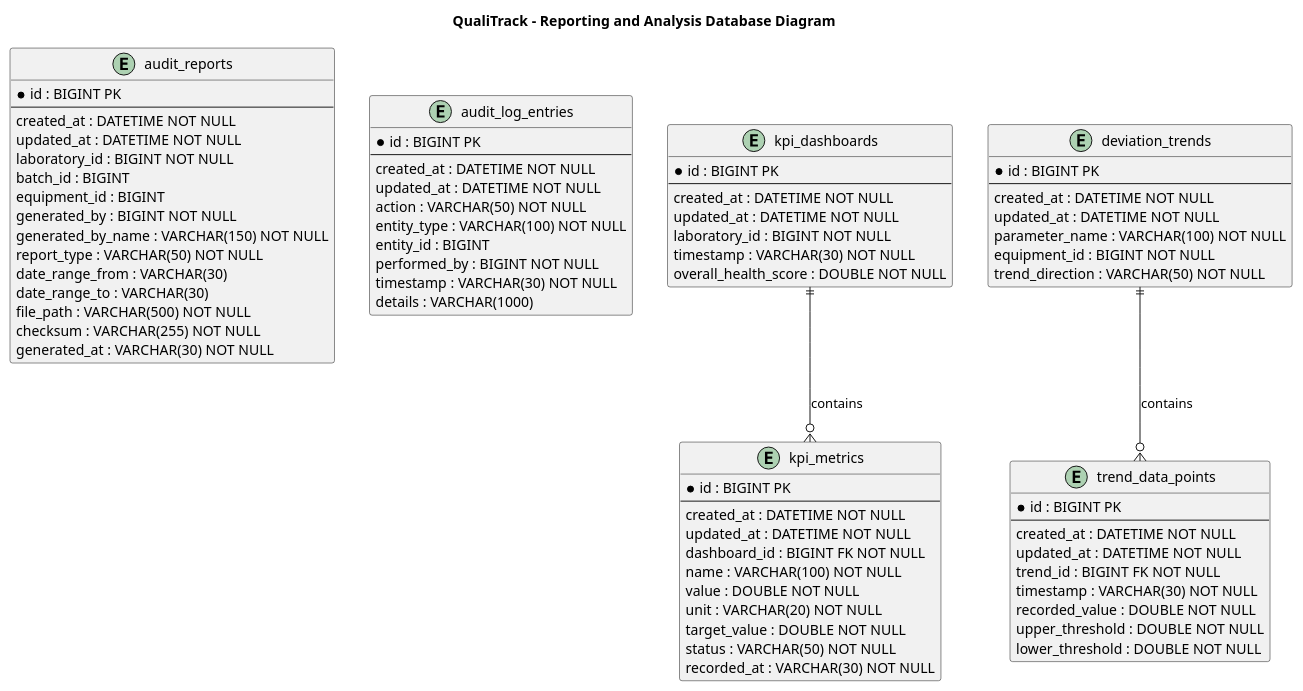
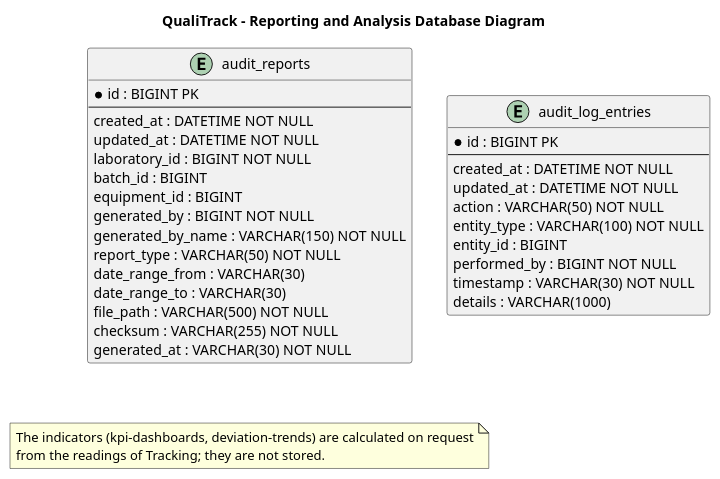
The diagram in docs/diagrams/ra/ra-database-diagram.puml (IoTech-2620-8741/qualitrack-platform), drawn with PlantUML before and after one commit. The commit also changed 10 other files, not shown here.

First line of the commit message:
docs(diagrams): reporting indicators, facades and declaration order

```diff
--- a/docs/diagrams/ra/ra-database-diagram.puml
+++ b/docs/diagrams/ra/ra-database-diagram.puml
@@ -1,88 +1,44 @@
 @startuml ra-database-diagram
 
 title QualiTrack - Reporting and Analysis Database Diagram
 
 hide methods
 hide stereotypes
 
 entity "audit_reports" {
   * id : BIGINT PK
   --
   created_at : DATETIME NOT NULL
   updated_at : DATETIME NOT NULL
   laboratory_id : BIGINT NOT NULL
   batch_id : BIGINT
   equipment_id : BIGINT
   generated_by : BIGINT NOT NULL
   generated_by_name : VARCHAR(150) NOT NULL
   report_type : VARCHAR(50) NOT NULL
   date_range_from : VARCHAR(30)
   date_range_to : VARCHAR(30)
   file_path : VARCHAR(500) NOT NULL
   checksum : VARCHAR(255) NOT NULL
   generated_at : VARCHAR(30) NOT NULL
 }
 
 entity "audit_log_entries" {
   * id : BIGINT PK
   --
   created_at : DATETIME NOT NULL
   updated_at : DATETIME NOT NULL
   action : VARCHAR(50) NOT NULL
   entity_type : VARCHAR(100) NOT NULL
   entity_id : BIGINT
   performed_by : BIGINT NOT NULL
   timestamp : VARCHAR(30) NOT NULL
   details : VARCHAR(1000)
 }
 
-entity "kpi_dashboards" {
-  * id : BIGINT PK
-  --
-  created_at : DATETIME NOT NULL
-  updated_at : DATETIME NOT NULL
-  laboratory_id : BIGINT NOT NULL
-  timestamp : VARCHAR(30) NOT NULL
-  overall_health_score : DOUBLE NOT NULL
-}
-
-entity "kpi_metrics" {
-  * id : BIGINT PK
-  --
-  created_at : DATETIME NOT NULL
-  updated_at : DATETIME NOT NULL
-  dashboard_id : BIGINT FK NOT NULL
-  name : VARCHAR(100) NOT NULL
-  value : DOUBLE NOT NULL
-  unit : VARCHAR(20) NOT NULL
-  target_value : DOUBLE NOT NULL
-  status : VARCHAR(50) NOT NULL
-  recorded_at : VARCHAR(30) NOT NULL
-}
-
-entity "deviation_trends" {
-  * id : BIGINT PK
-  --
-  created_at : DATETIME NOT NULL
-  updated_at : DATETIME NOT NULL
-  parameter_name : VARCHAR(100) NOT NULL
-  equipment_id : BIGINT NOT NULL
-  trend_direction : VARCHAR(50) NOT NULL
-}
-
-entity "trend_data_points" {
-  * id : BIGINT PK
-  --
-  created_at : DATETIME NOT NULL
-  updated_at : DATETIME NOT NULL
-  trend_id : BIGINT FK NOT NULL
-  timestamp : VARCHAR(30) NOT NULL
-  recorded_value : DOUBLE NOT NULL
-  upper_threshold : DOUBLE NOT NULL
-  lower_threshold : DOUBLE NOT NULL
-}
-
-kpi_dashboards ||--o{ kpi_metrics : contains
-deviation_trends ||--o{ trend_data_points : contains
+note as IndicatorsNote
+  The indicators (kpi-dashboards, deviation-trends) are calculated on request
+  from the readings of Tracking; they are not stored.
+end note
 
 @enduml
```
